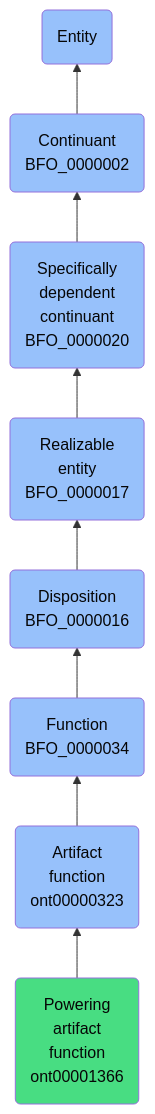
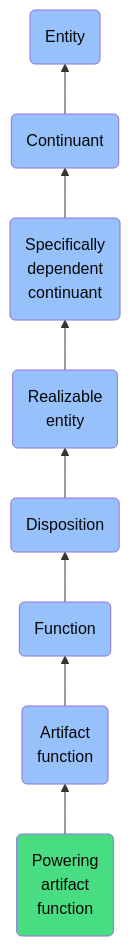
One commit to jupyter-naas/abi changed the diagram in docs/ontology/reference/model/Entity/Continuant/Specifically dependent continuant/Realizable entity/Disposition/Function/Artifact function/Powering artifact function/Powering artifact function.md. Above: the diagram before and after it, drawn with Mermaid. The commit also changed other lines of this file and 1430 other files, not shown here.

````diff
--- a/docs/ontology/reference/model/Entity/Continuant/Specifically dependent continuant/Realizable entity/Disposition/Function/Artifact function/Powering artifact function/Powering artifact function.md
+++ b/docs/ontology/reference/model/Entity/Continuant/Specifically dependent continuant/Realizable entity/Disposition/Function/Artifact function/Powering artifact function/Powering artifact function.md
@@ -24,15 +24,15 @@
 ```mermaid
 graph BT
-    ont00001366(Powering<br>artifact<br>function<br>ont00001366):::ABI-->ont00000323
-    ont00000323(Artifact<br>function<br>ont00000323):::BFO-->BFO_0000034
-    BFO_0000034(Function<br>BFO_0000034):::BFO-->BFO_0000016
-    BFO_0000016(Disposition<br>BFO_0000016):::BFO-->BFO_0000017
-    BFO_0000017(Realizable<br>entity<br>BFO_0000017):::BFO-->BFO_0000020
-    BFO_0000020(Specifically<br>dependent<br>continuant<br>BFO_0000020):::BFO-->BFO_0000002
-    BFO_0000002(Continuant<br>BFO_0000002):::BFO-->BFO_0000001
+    ont00001366(Powering<br>artifact<br>function):::ABI-->ont00000323
+    ont00000323(Artifact<br>function):::BFO-->BFO_0000034
+    BFO_0000034(Function):::BFO-->BFO_0000016
+    BFO_0000016(Disposition):::BFO-->BFO_0000017
+    BFO_0000017(Realizable<br>entity):::BFO-->BFO_0000020
+    BFO_0000020(Specifically<br>dependent<br>continuant):::BFO-->BFO_0000002
+    BFO_0000002(Continuant):::BFO-->BFO_0000001
     BFO_0000001(Entity):::BFO
     
     classDef BFO fill:#97c1fb,color:#060606
     classDef CCO fill:#e4c51e,color:#060606
     classDef ABI fill:#48DD82,color:#060606
 ```
````
